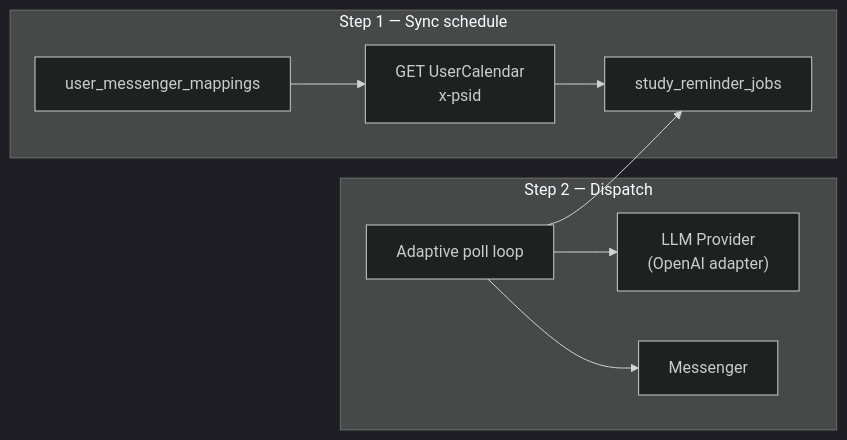
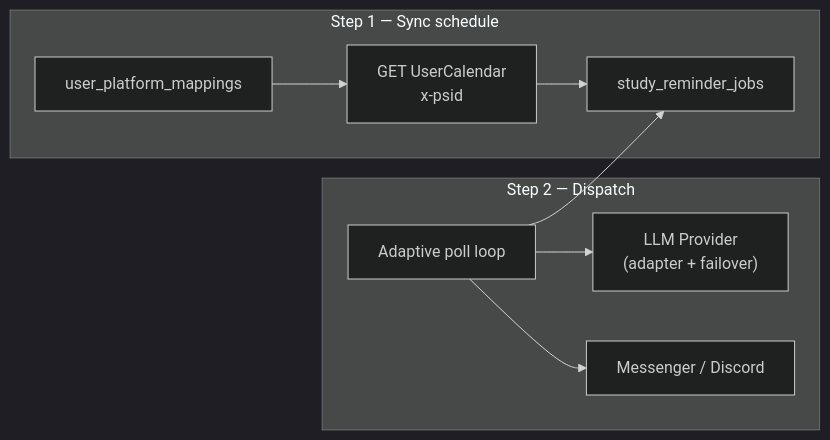
One commit to lengocanh2005it/wispace-bot changed the first of 5 diagrams in apps/messenger-bot/docs/study-session-reminder.md. Above: the diagram before and after it, drawn with Mermaid (dark theme). The commit also changed other lines of this file and 8 other files, not shown here.

````diff
--- a/apps/messenger-bot/docs/study-session-reminder.md
+++ b/apps/messenger-bot/docs/study-session-reminder.md
@@ -20,19 +20,19 @@
 ```mermaid
 flowchart LR
   subgraph Sync["Step 1 — Sync schedule"]
     Cal["GET UserCalendar\nx-psid"]
-    Map["user_messenger_mappings"]
+    Map["user_platform_mappings"]
     Jobs["study_reminder_jobs"]
     Map --> Cal
     Cal --> Jobs
   end
 
   subgraph Dispatch["Step 2 — Dispatch"]
     Worker["Adaptive poll loop"]
-    LLM["LLM Provider\n(OpenAI adapter)"]
-    FB["Messenger"]
+    LLM["LLM Provider\n(adapter + failover)"]
+    FB["Messenger / Discord"]
     Worker --> Jobs
     Worker --> LLM
     Worker --> FB
   end
 ```
````
